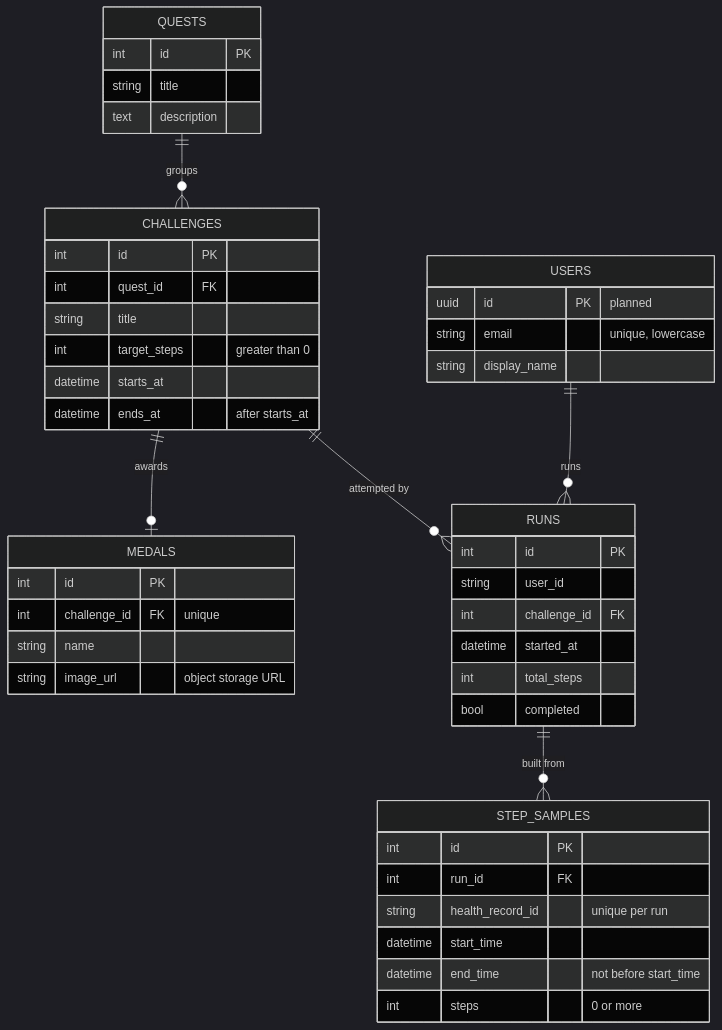
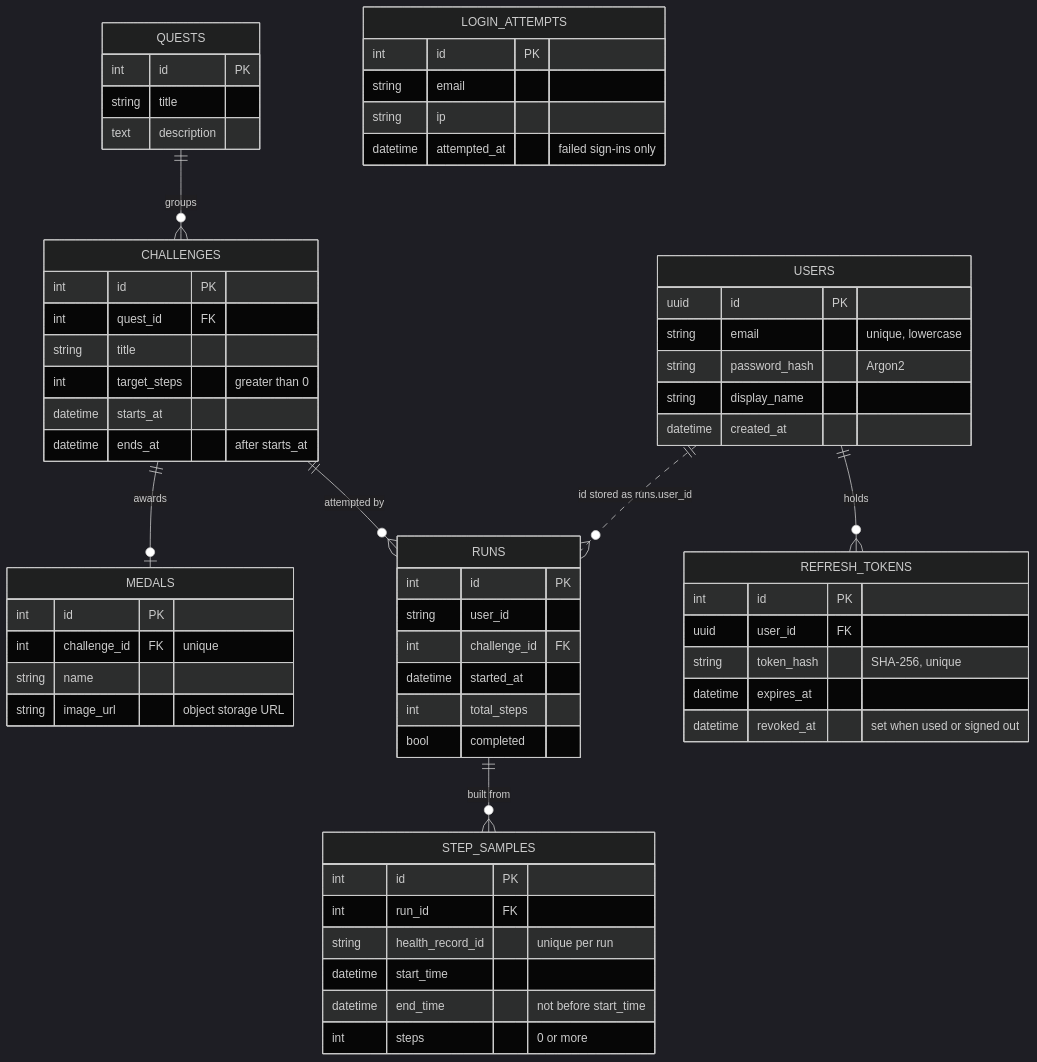
One commit to huynguyennang-agilityio/claude-code-training changed the eighth of 9 diagrams in docs/architecture.md. Above: the diagram before and after it, drawn with Mermaid (dark theme). The commit also changed other lines of this file and 26 other files, not shown here.

````diff
--- a/docs/architecture.md
+++ b/docs/architecture.md
@@ -286,49 +286,65 @@
 ```mermaid
 erDiagram
     QUESTS ||--o{ CHALLENGES : groups
     CHALLENGES ||--o| MEDALS : awards
     CHALLENGES ||--o{ RUNS : "attempted by"
     RUNS ||--o{ STEP_SAMPLES : "built from"
-    USERS ||--o{ RUNS : runs
+    USERS ||--o{ REFRESH_TOKENS : holds
+    USERS ||..o{ RUNS : "id stored as runs.user_id"
 
     QUESTS {
         int id PK
         string title
         text description
     }
     CHALLENGES {
         int id PK
         int quest_id FK
         string title
         int target_steps "greater than 0"
         datetime starts_at
         datetime ends_at "after starts_at"
     }
     MEDALS {
         int id PK
         int challenge_id FK "unique"
         string name
         string image_url "object storage URL"
     }
     RUNS {
         int id PK
         string user_id
         int challenge_id FK
         datetime started_at
         int total_steps
         bool completed
     }
     STEP_SAMPLES {
         int id PK
         int run_id FK
         string health_record_id "unique per run"
         datetime start_time
         datetime end_time "not before start_time"
         int steps "0 or more"
     }
     USERS {
-        uuid id PK "planned"
+        uuid id PK
         string email "unique, lowercase"
+        string password_hash "Argon2"
         string display_name
+        datetime created_at
+    }
+    REFRESH_TOKENS {
+        int id PK
+        uuid user_id FK
+        string token_hash "SHA-256, unique"
+        datetime expires_at
+        datetime revoked_at "set when used or signed out"
+    }
+    LOGIN_ATTEMPTS {
+        int id PK
+        string email
+        string ip
+        datetime attempted_at "failed sign-ins only"
     }
 ```
````
